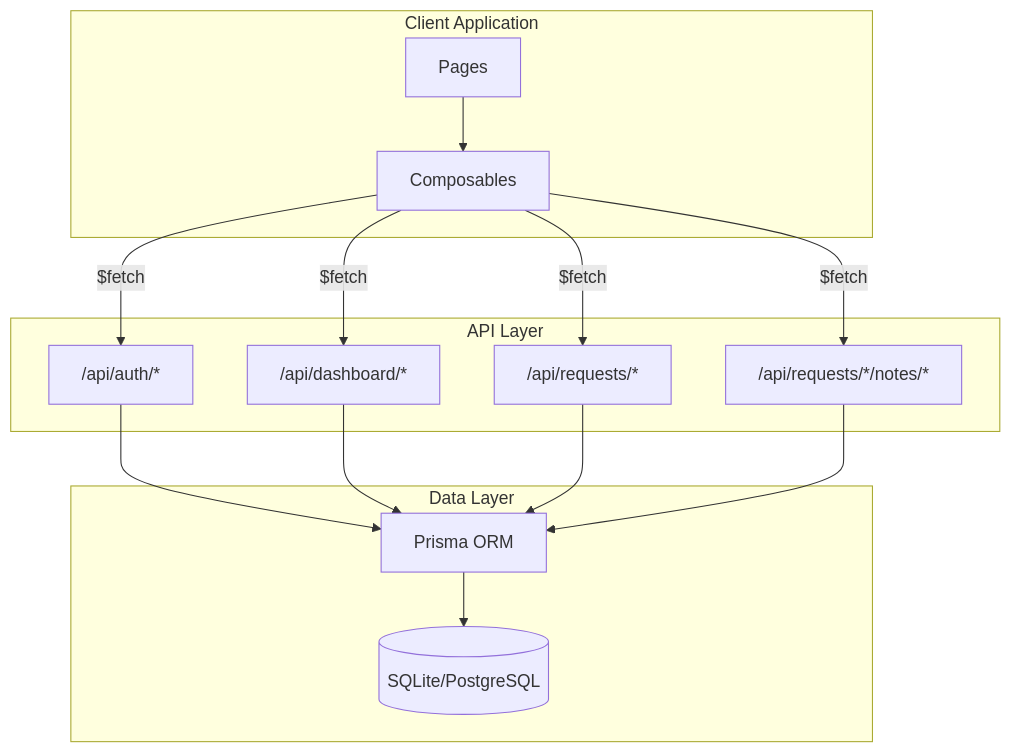
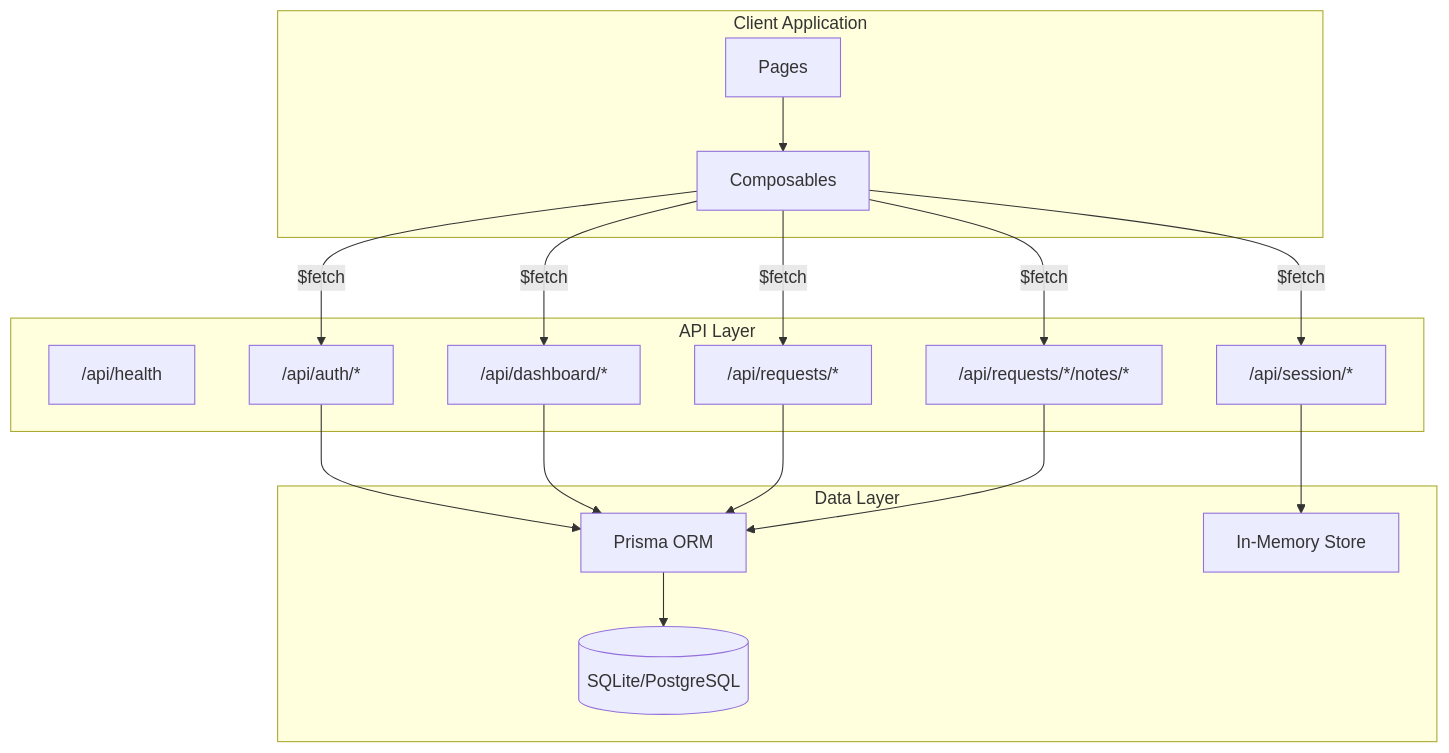
Before and after one commit to redhat-openshift-partner-labs/portal: the second of 2 diagrams in docs/api-reference.md, drawn with Mermaid. The commit also changed other lines of this file and 6 other files, not shown here.

````diff
--- a/docs/api-reference.md
+++ b/docs/api-reference.md
@@ -560,32 +645,37 @@
 ```mermaid
 flowchart TB
     subgraph Client["Client Application"]
         Pages["Pages"]
         Composables["Composables"]
     end
 
     subgraph API["API Layer"]
+        Health["/api/health"]
         Auth["/api/auth/*"]
+        Session["/api/session/*"]
         Dashboard["/api/dashboard/*"]
         Requests["/api/requests/*"]
         Notes["/api/requests/*/notes/*"]
     end
 
     subgraph Data["Data Layer"]
         Prisma["Prisma ORM"]
+        SessionStore["In-Memory Store"]
         DB[(SQLite/PostgreSQL)]
     end
 
     Pages --> Composables
     Composables -->|$fetch| Auth
+    Composables -->|$fetch| Session
     Composables -->|$fetch| Dashboard
     Composables -->|$fetch| Requests
     Composables -->|$fetch| Notes
 
     Auth --> Prisma
+    Session --> SessionStore
     Dashboard --> Prisma
     Requests --> Prisma
     Notes --> Prisma
 
     Prisma --> DB
 ```
````
